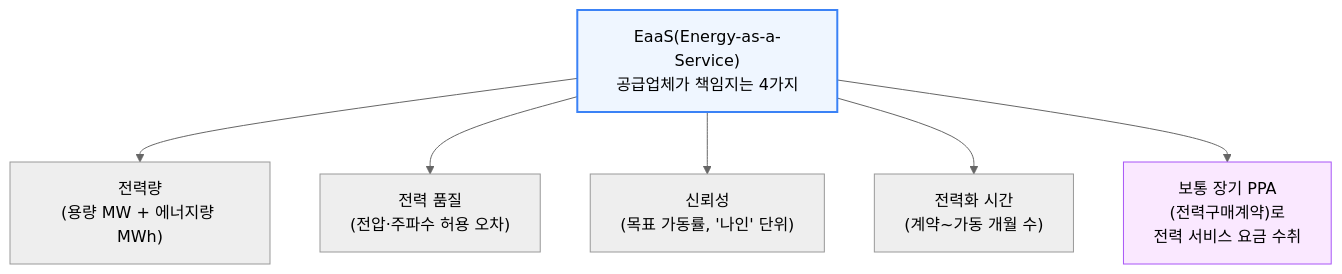
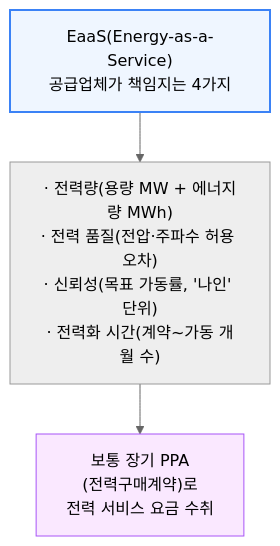
Before and after one commit to yohan4477/semi-report: diagram 19 of 34 in 원본 해석/[251231] AI 랩들은 어떻게 전력난을 해결하는가 - 온사이트 가스 딥다이브.md, drawn with Mermaid (neutral theme). The commit also changed other lines of this file, not shown here.

First line of the commit message:
Fix all remaining diagram width violations in onsite gas doc (v14.0)

````diff
--- a/원본 해석/[251231] AI 랩들은 어떻게 전력난을 해결하는가 - 온사이트 가스 딥다이브.md
+++ b/원본 해석/[251231] AI 랩들은 어떻게 전력난을 해결하는가 - 온사이트 가스 딥다이브.md
@@ -652,12 +609,9 @@
 ```mermaid
 flowchart TD
-    EaaS["EaaS(Energy-as-a-Service)<br/>공급업체가 책임지는 4가지"] --> Cap["전력량<br/>(용량 MW + 에너지량 MWh)"]
-    EaaS --> Quality["전력 품질<br/>(전압·주파수 허용 오차)"]
-    EaaS --> Reliability["신뢰성<br/>(목표 가동률, '나인' 단위)"]
-    EaaS --> Time["전력화 시간<br/>(계약~가동 개월 수)"]
+    EaaS["EaaS(Energy-as-a-Service)<br/>공급업체가 책임지는 4가지"] --> Responsibility["· 전력량(용량 MW + 에너지량 MWh)<br/>· 전력 품질(전압·주파수 허용 오차)<br/>· 신뢰성(목표 가동률, '나인' 단위)<br/>· 전력화 시간(계약~가동 개월 수)"]
 
-    EaaS --> Contract["보통 장기 PPA<br/>(전력구매계약)로<br/>전력 서비스 요금 수취"]
+    Responsibility --> Contract["보통 장기 PPA<br/>(전력구매계약)로<br/>전력 서비스 요금 수취"]
 
     style EaaS fill:#eff6ff,stroke:#3b82f6,stroke-width:2px
     style Contract fill:#fae8ff,stroke:#a855f7
 ```
````
